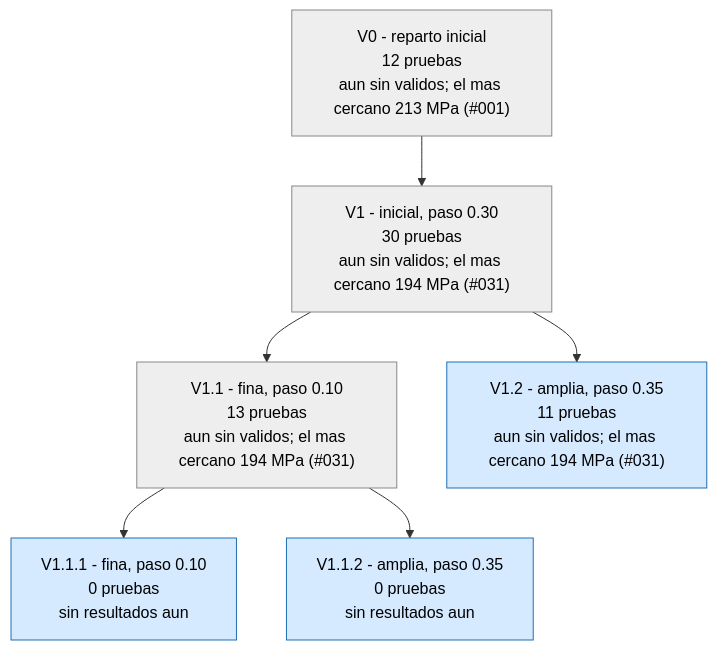
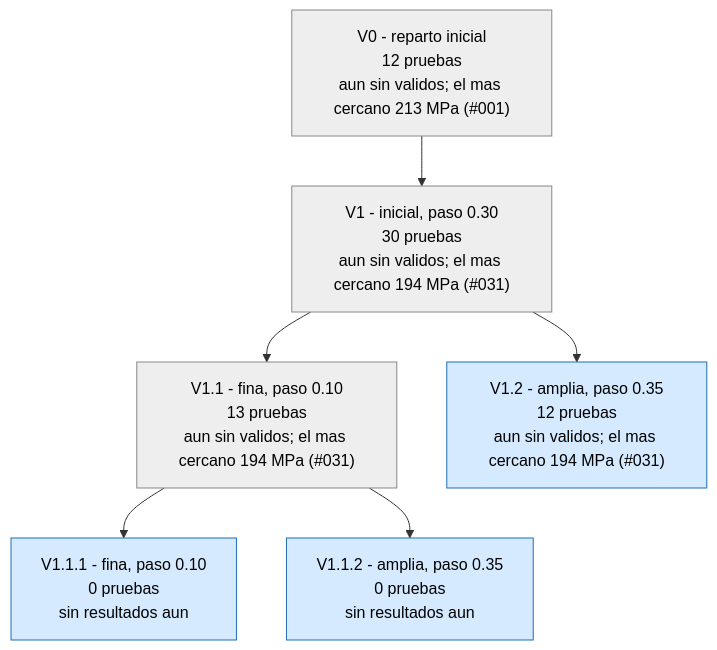
One commit to Hugiko/msd-soporte-optimizacion changed the first of 3 diagrams in runs/opt_37800N/ARBOL.md. Above: the diagram before and after it, drawn with Mermaid. The commit also changed 14 other files, not shown here.

````diff
--- a/runs/opt_37800N/ARBOL.md
+++ b/runs/opt_37800N/ARBOL.md
@@ -9,17 +9,17 @@
 ```mermaid
 graph TD
 classDef activa fill:#d6eaff,stroke:#1f6fb5,color:#000
 classDef fin fill:#eeeeee,stroke:#888,color:#000
 classDef mejor fill:#c8f0c0,stroke:#1a9850,stroke-width:4px,color:#000
 V0["V0 - reparto inicial<br/>12 pruebas<br/>aun sin validos; el mas cercano 213 MPa (#001)"]:::fin
 V1["V1 - inicial, paso 0.30<br/>30 pruebas<br/>aun sin validos; el mas cercano 194 MPa (#031)"]:::fin
 V0 --> V1
 V1_1["V1.1 - fina, paso 0.10<br/>13 pruebas<br/>aun sin validos; el mas cercano 194 MPa (#031)"]:::fin
 V1 --> V1_1
-V1_2["V1.2 - amplia, paso 0.35<br/>11 pruebas<br/>aun sin validos; el mas cercano 194 MPa (#031)"]:::activa
+V1_2["V1.2 - amplia, paso 0.35<br/>12 pruebas<br/>aun sin validos; el mas cercano 194 MPa (#031)"]:::activa
 V1 --> V1_2
 V1_1_1["V1.1.1 - fina, paso 0.10<br/>0 pruebas<br/>sin resultados aun"]:::activa
 V1_1 --> V1_1_1
 V1_1_2["V1.1.2 - amplia, paso 0.35<br/>0 pruebas<br/>sin resultados aun"]:::activa
 V1_1 --> V1_1_2
 ```
````
